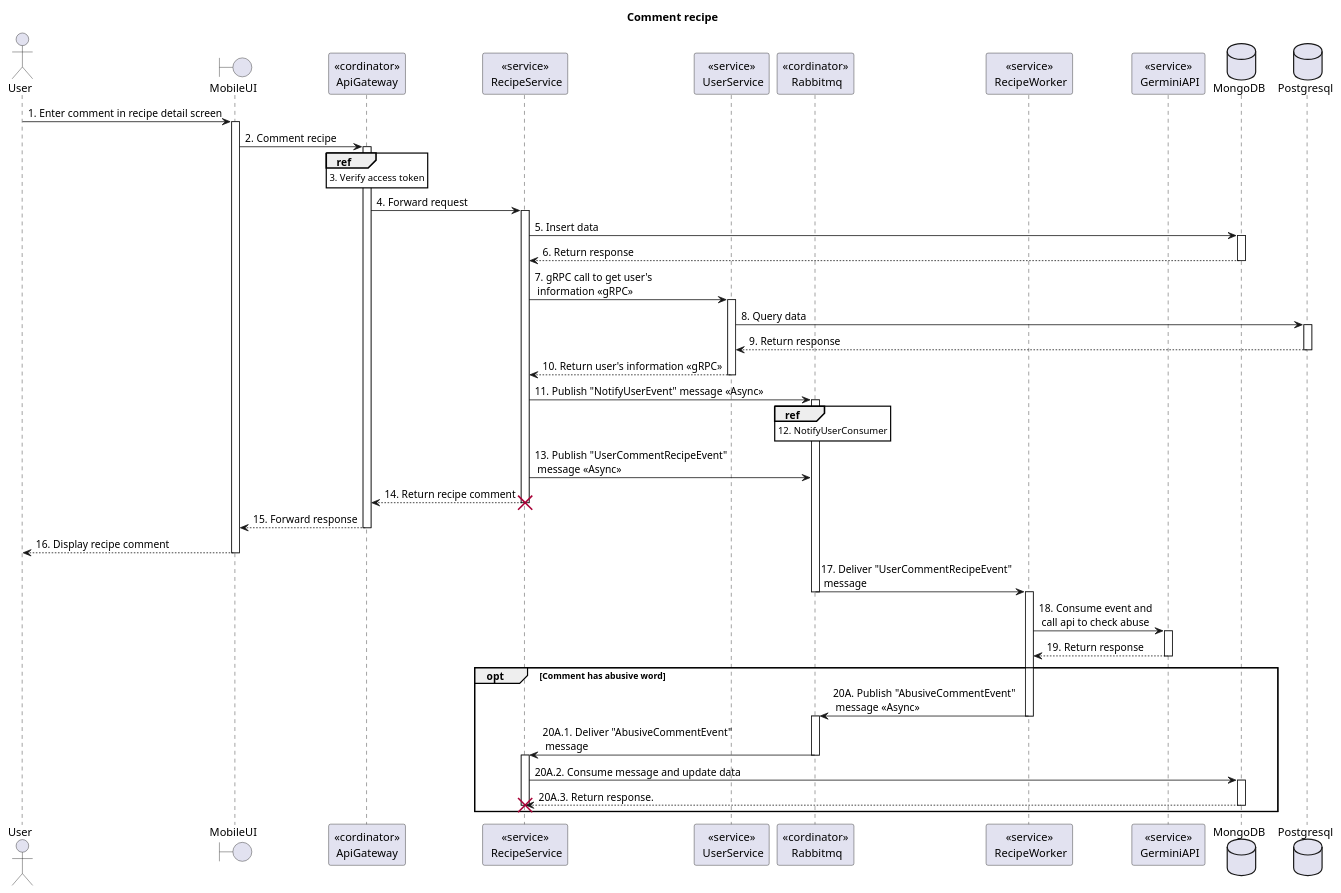
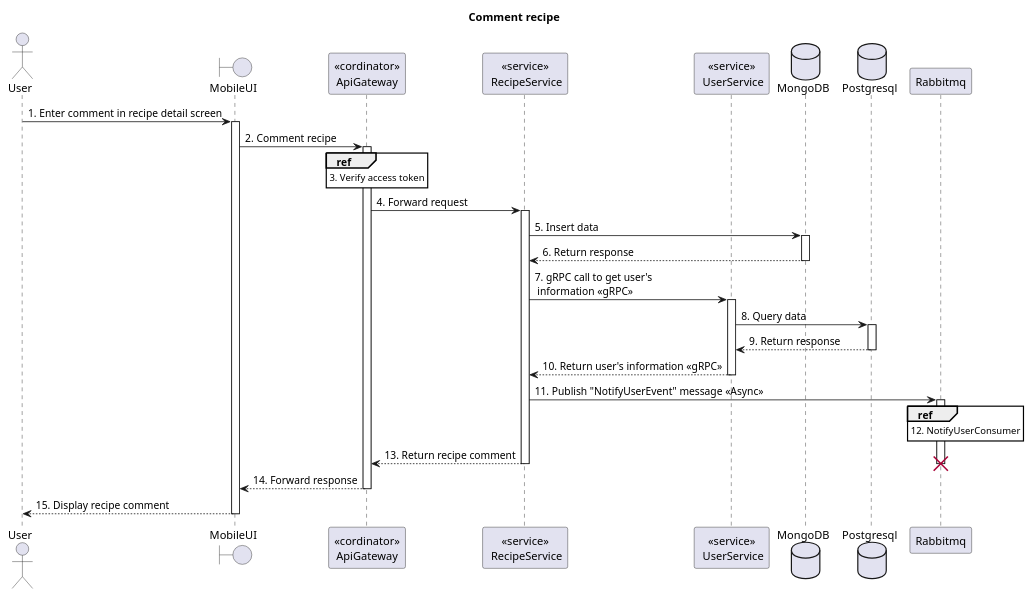
Before and after one commit to Carl-Johnsons/tastopia: the diagram in doc/SDS/Recipe/User/Comment recipe/Sequence.plantuml, drawn with PlantUML.

Commit message:
doc: remove check abusse comment

```diff
--- a/doc/SDS/Recipe/User/Comment recipe/Sequence.plantuml
+++ b/doc/SDS/Recipe/User/Comment recipe/Sequence.plantuml
@@ -1,65 +1,43 @@
 @startuml Sequence
 title "Comment recipe"
 <style>
   sequenceDiagram {
     reference {
       BackGroundColor white
     }
 }
 </style>
 
 actor User
 boundary MobileUI
 participant "<<cordinator>>\nApiGateway" as ApiGateway
 participant "<<service>>\n RecipeService" as RecipeService
 participant "<<service>>\n UserService" as UserService
-participant "<<cordinator>>\n Rabbitmq" as Rabbitmq
-participant "<<service>>\n RecipeWorker" as RecipeWorker
-participant "<<service>>\n GerminiAPI" as GerminiAPI
 database MongoDB
 database Postgresql
 
 User -> MobileUI++: 1. Enter comment in recipe detail screen
 
 MobileUI -> ApiGateway++: 2. Comment recipe
 
 ref over ApiGateway: 3. Verify access token
 
 ApiGateway -> RecipeService++: 4. Forward request
 
 RecipeService -> MongoDB++: 5. Insert data
 RecipeService <-- MongoDB--: 6. Return response
 
 RecipeService -> UserService++: 7. gRPC call to get user's \n information <<gRPC>>
 UserService -> Postgresql++: 8. Query data
 UserService <-- Postgresql--: 9. Return response
 RecipeService <-- UserService--: 10. Return user's information <<gRPC>>
 
 RecipeService -> Rabbitmq++: 11. Publish "NotifyUserEvent" message <<Async>>
 ref over Rabbitmq: 12. NotifyUserConsumer
-RecipeService -> Rabbitmq: 13. Publish "UserCommentRecipeEvent" \n message <<Async>>
-ApiGateway <-- RecipeService--: 14. Return recipe comment
-destroy RecipeService
-MobileUI <-- ApiGateway--: 15. Forward response
-User <-- MobileUI--: 16. Display recipe comment
+ApiGateway <-- RecipeService--: 13. Return recipe comment
+deactivate Rabbitmq
+destroy Rabbitmq
+MobileUI <-- ApiGateway--: 14. Forward response
+User <-- MobileUI--: 15. Display recipe comment
 
-Rabbitmq -> RecipeWorker: 17. Deliver "UserCommentRecipeEvent"\n message
-deactivate Rabbitmq
-activate RecipeWorker
-
-RecipeWorker -> GerminiAPI++: 18. Consume event and \n call api to check abuse
-RecipeWorker <-- GerminiAPI--: 19. Return response
-
-opt Comment has abusive word
-    RecipeWorker -> Rabbitmq: 20A. Publish "AbusiveCommentEvent" \n message <<Async>>
-    deactivate RecipeWorker
-    activate Rabbitmq
-    Rabbitmq -> RecipeService: 20A.1. Deliver "AbusiveCommentEvent"\n message
-    deactivate Rabbitmq
-    activate RecipeService
-    RecipeService -> MongoDB++: 20A.2. Consume message and update data
-    RecipeService <-- MongoDB--: 20A.3. Return response.
-    destroy RecipeService
-    deactivate RecipeService
-end opt
 @enduml
```
